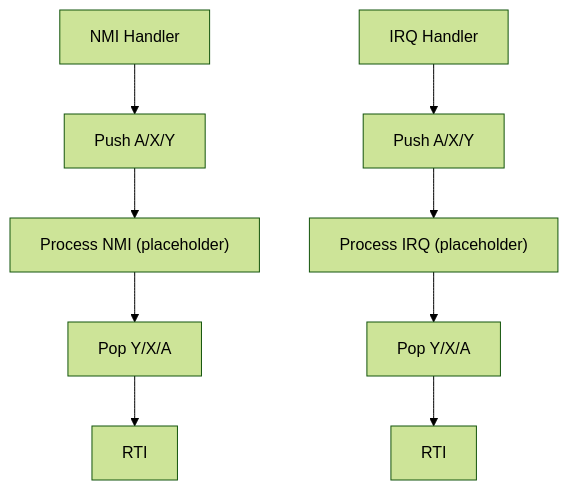
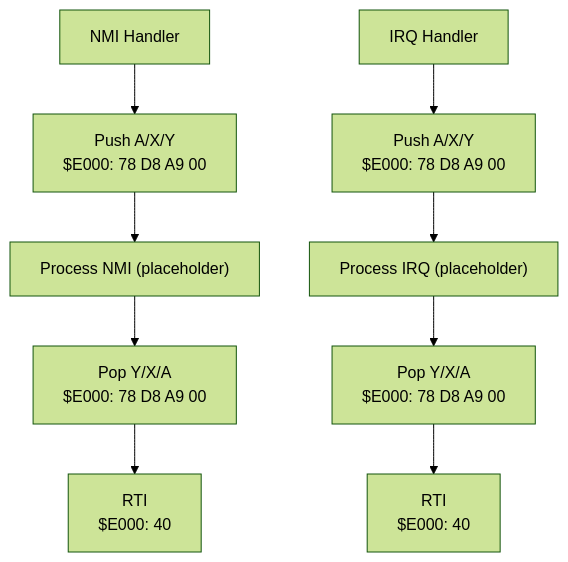
One commit to rabbyzero/sango2dasm changed the seventh of 9 diagrams in .qoder/repowiki/en/content/Assembly Architecture/Assembly Architecture.md. Above: the diagram before and after it, drawn with Mermaid (forest theme). The commit also changed other lines of this file and 26 other files, not shown here.

````diff
--- a/.qoder/repowiki/en/content/Assembly Architecture/Assembly Architecture.md
+++ b/.qoder/repowiki/en/content/Assembly Architecture/Assembly Architecture.md
@@ -250,11 +306,11 @@
 ```mermaid
 flowchart TD
-NMI["NMI Handler"] --> SAVE["Push A/X/Y"]
+NMI["NMI Handler"] --> SAVE["Push A/X/Y<br/>$E000: 78 D8 A9 00"]
 SAVE --> PROC["Process NMI (placeholder)"]
-PROC --> RESTORE["Pop Y/X/A"]
-RESTORE --> RTI["RTI"]
-IRQ["IRQ Handler"] --> SAVE2["Push A/X/Y"]
+PROC --> RESTORE["Pop Y/X/A<br/>$E000: 78 D8 A9 00"]
+RESTORE --> RTI["RTI<br/>$E000: 40"]
+IRQ["IRQ Handler"] --> SAVE2["Push A/X/Y<br/>$E000: 78 D8 A9 00"]
 SAVE2 --> PROC2["Process IRQ (placeholder)"]
-PROC2 --> RESTORE2["Pop Y/X/A"]
-RESTORE2 --> RTI2["RTI"]
+PROC2 --> RESTORE2["Pop Y/X/A<br/>$E000: 78 D8 A9 00"]
+RESTORE2 --> RTI2["RTI<br/>$E000: 40"]
 ```
````
